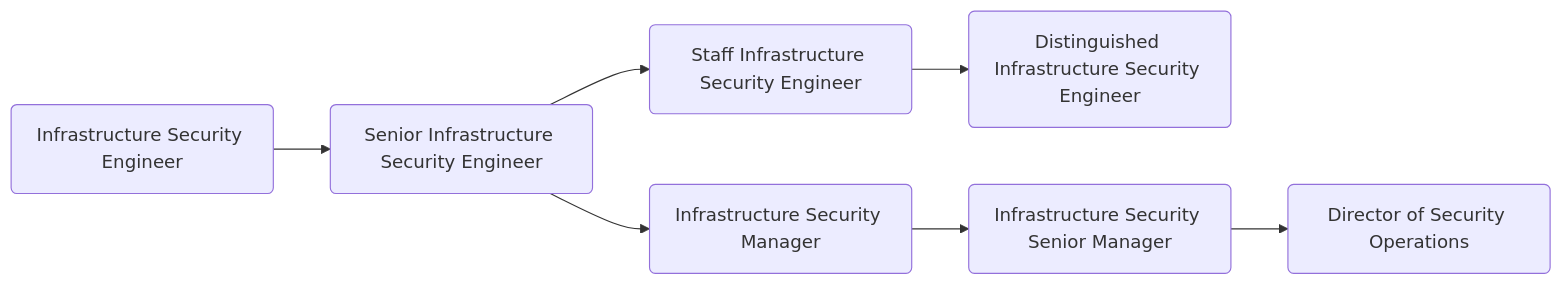
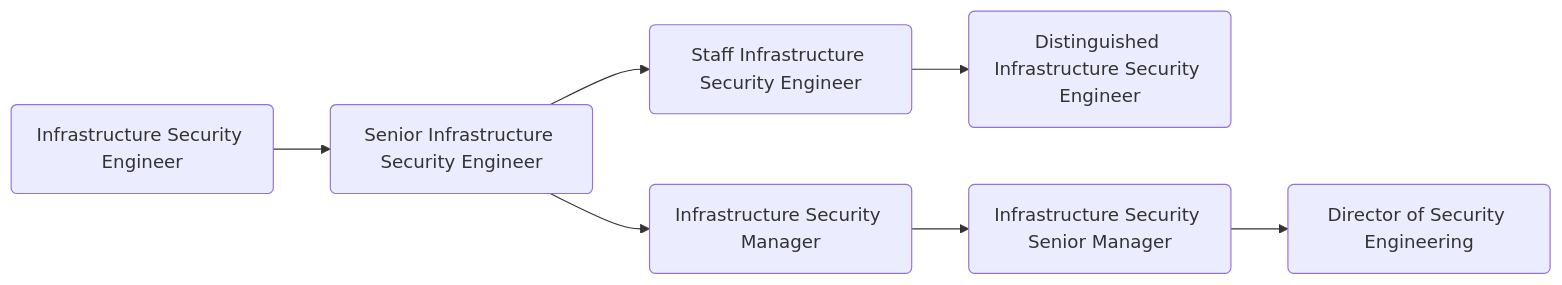
One commit to secretstartups/handbook changed the diagram in content/job-families/security/infrastructure-security.md. Above: the diagram before and after it, drawn with Mermaid. The commit also changed other lines of this file, not shown here.

Commit message:
Updating Security Operations to Sec Engineering and removing oncall

````diff
--- a/content/job-families/security/infrastructure-security.md
+++ b/content/job-families/security/infrastructure-security.md
@@ -206,9 +203,9 @@
 ```mermaid
   graph LR;
   sec:se(Infrastructure Security Engineer)-->sec:sse(Senior Infrastructure Security Engineer);
   sec:sse(Senior Infrastructure Security Engineer)-->sec:stse(Staff Infrastructure Security Engineer);
   sec:stse(Staff Infrastructure Security Engineer)-->sec:dse(Distinguished Infrastructure Security Engineer);
   sec:sse(Senior Infrastructure Security Engineer)-->sec:sem(Infrastructure Security Manager);
   sec:sem(Infrastructure Security Manager)-->sec:sesm(Infrastructure Security Senior Manager);
-  sec:sesm(Infrastructure Security Senior Manager)-->sec:ds(Director of Security Operations);
+  sec:sesm(Infrastructure Security Senior Manager)-->sec:ds(Director of Security Engineering);
 ```
````
